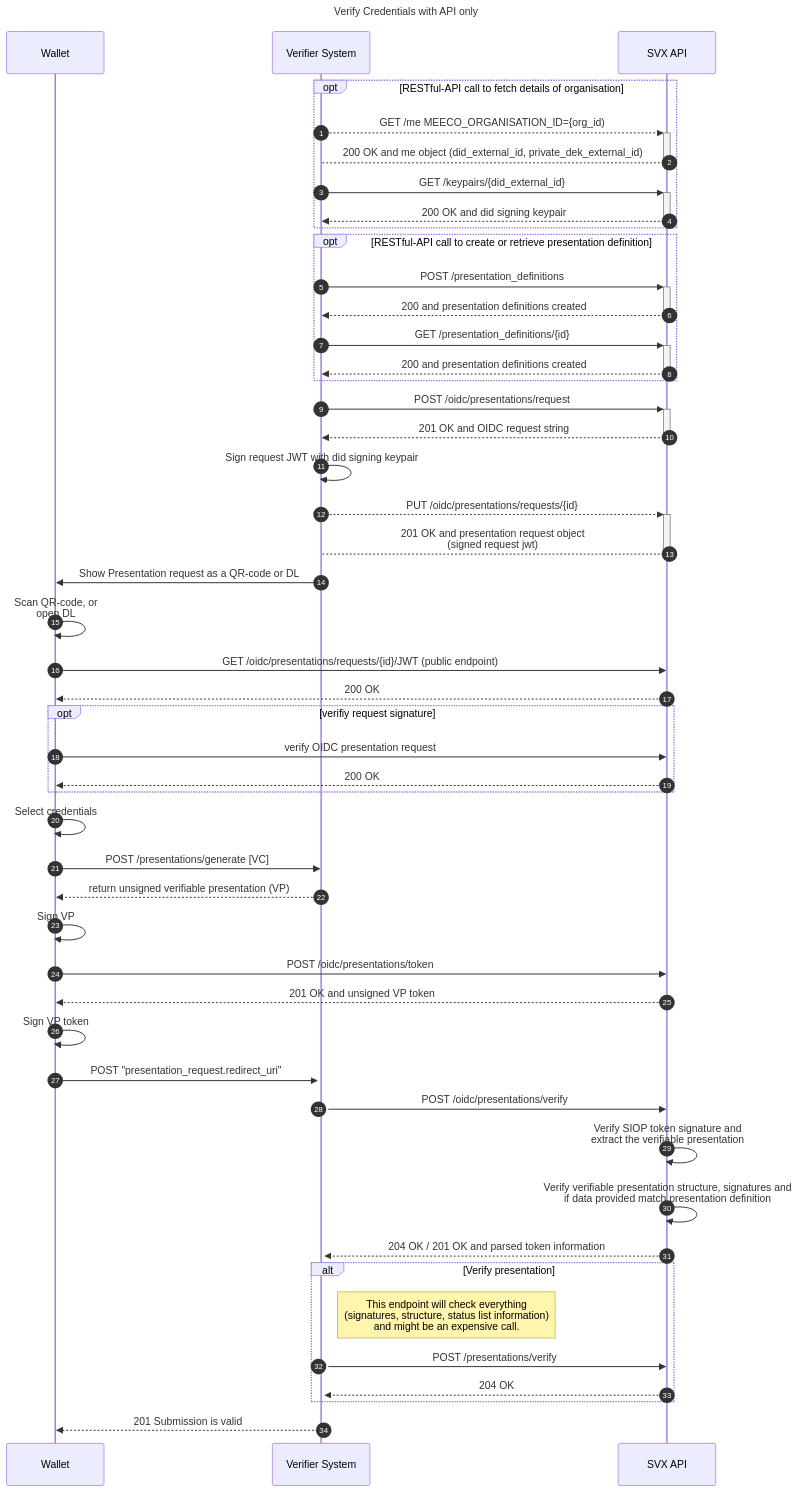
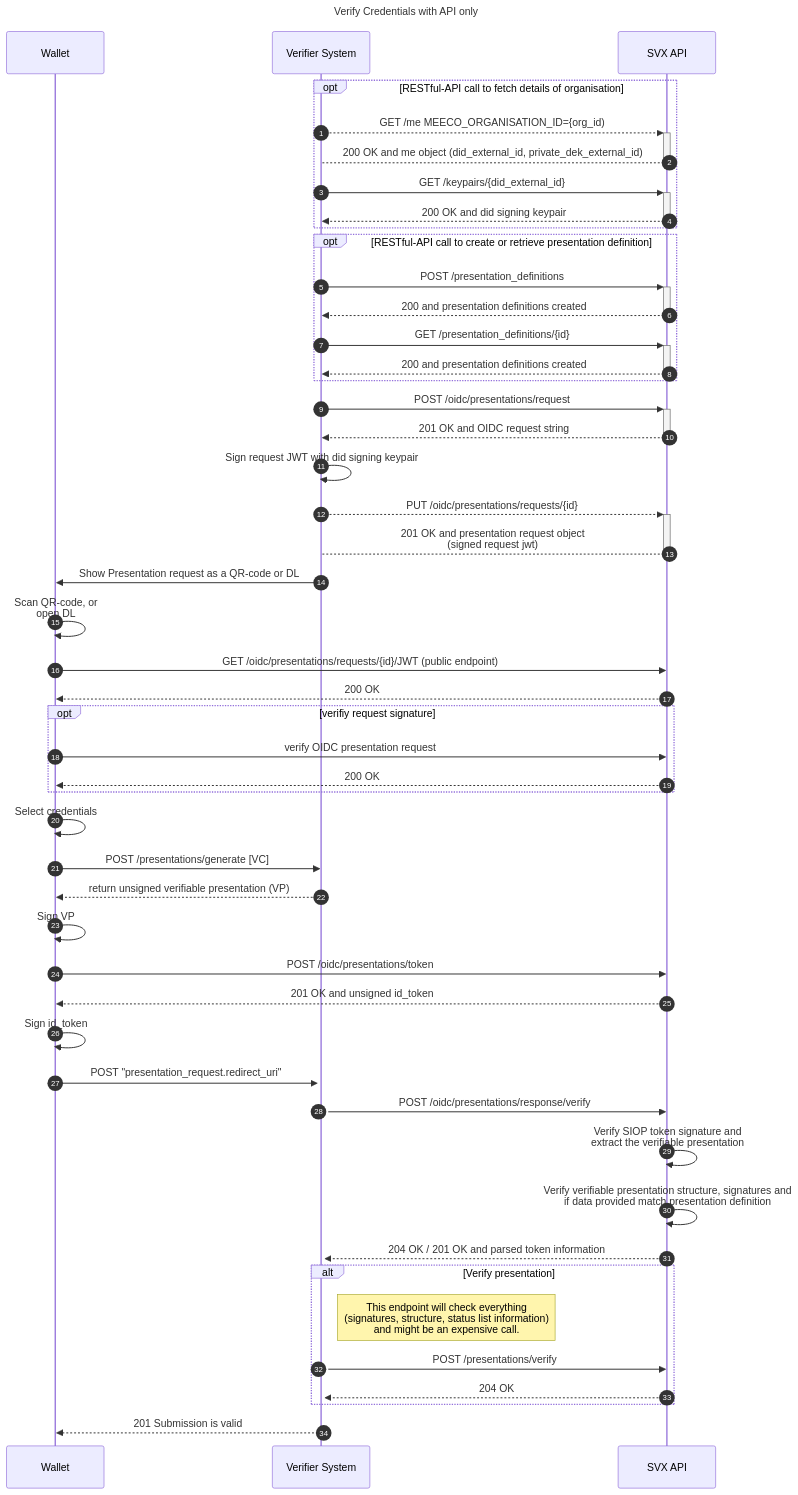
Before and after one commit to Meeco/docs: the second of 2 diagrams in guides/api-guides/oidc/oidc4vp.md, drawn with Mermaid.

Commit message:
fix: oidc4vp diagram

````diff
--- a/guides/api-guides/oidc/oidc4vp.md
+++ b/guides/api-guides/oidc/oidc4vp.md
@@ -182,79 +182,79 @@
 ```mermaid
 sequenceDiagram
   title Verify Credentials with API only
   autonumber
 
   participant W as Wallet
   participant V as Verifier System
   participant API as SVX API
 
   %%
   %% Terms:
   %% VP - Verifiable presentation
   %% VP token - wrapping structure over a verifiable presentation.
   %%
 
   opt RESTful-API call to fetch details of organisation
     %% Get the DID for the organisation
     V-->>+API: GET /me MEECO_ORGANISATION_ID={org_id)
     API-->-V: 200 OK and me object (did_external_id, private_dek_external_id)
     %% Get the private key associated with DID for the organisation
     V->>+API: GET /keypairs/{did_external_id}
     API-->>-V: 200 OK and did signing keypair
   end
 
   %% Create presentation definition
   opt RESTful-API call to create or retrieve presentation definition
     V->>+API: POST /presentation_definitions
     API-->>-V: 200 and presentation definitions created
 
     V->>+API: GET /presentation_definitions/{id}
     API-->>-V: 200 and presentation definitions created
   end
   %% Create a presentation request
   V->>+API: POST /oidc/presentations/request
   API-->>-V: 201 OK and OIDC request string
   %% Sign request JWT
   V->>V: Sign request JWT with did signing keypair
   %% Update the request
   V-->>+API: PUT /oidc/presentations/requests/{id}
   API-->-V: 201 OK and presentation request object<br>(signed request jwt)
 
   V->>W: Show Presentation request as a QR-code or DL
   W->>W: Scan QR-code, or<br>open DL
   W->>API: GET /oidc/presentations/requests/{id}/JWT (public endpoint)
   API-->>W: 200 OK
   opt verifiy request signature
     W->>API: verify OIDC presentation request
     API-->>W: 200 OK
   end
 
   W->>W: Select credentials
 
   %% Build verifiable presentation
   W->>V: POST /presentations/generate [VC]
   V-->>W: return unsigned verifiable presentation (VP)
   W->>W: Sign VP
 
-  %% Generate verifiable presentation in a form of VP token
+  %% Generate id_token for request submission based on the Wallet information and the verifiable presentation token
   W->>API: POST /oidc/presentations/token
-  API-->>W: 201 OK and unsigned VP token
-  W->>W: Sign VP token
+  API-->>W: 201 OK and unsigned id_token
+  W->>W: Sign id_token
 
   %% Submit VP token to the redirect_uri
   W->>+V: POST "presentation_request.redirect_uri"
 
   %% Validate VP token and its content
-  V->>API: POST /oidc/presentations/verify
+  V->>API: POST /oidc/presentations/response/verify
   API->>API: Verify SIOP token signature and <br /> extract the verifiable presentation
   API->>API: Verify verifiable presentation structure, signatures and <br /> if data provided match presentation definition
   API-->>V: 204 OK / 201 OK and parsed token information
 
   alt Verify presentation
     Note right of V: This endpoint will check everything <br /> (signatures, structure, status list information) <br /> and might be an expensive call.
     V->>API: POST /presentations/verify
     API-->>V: 204 OK
   end
 
   V-->>W: 201 Submission is valid
 ```
````
